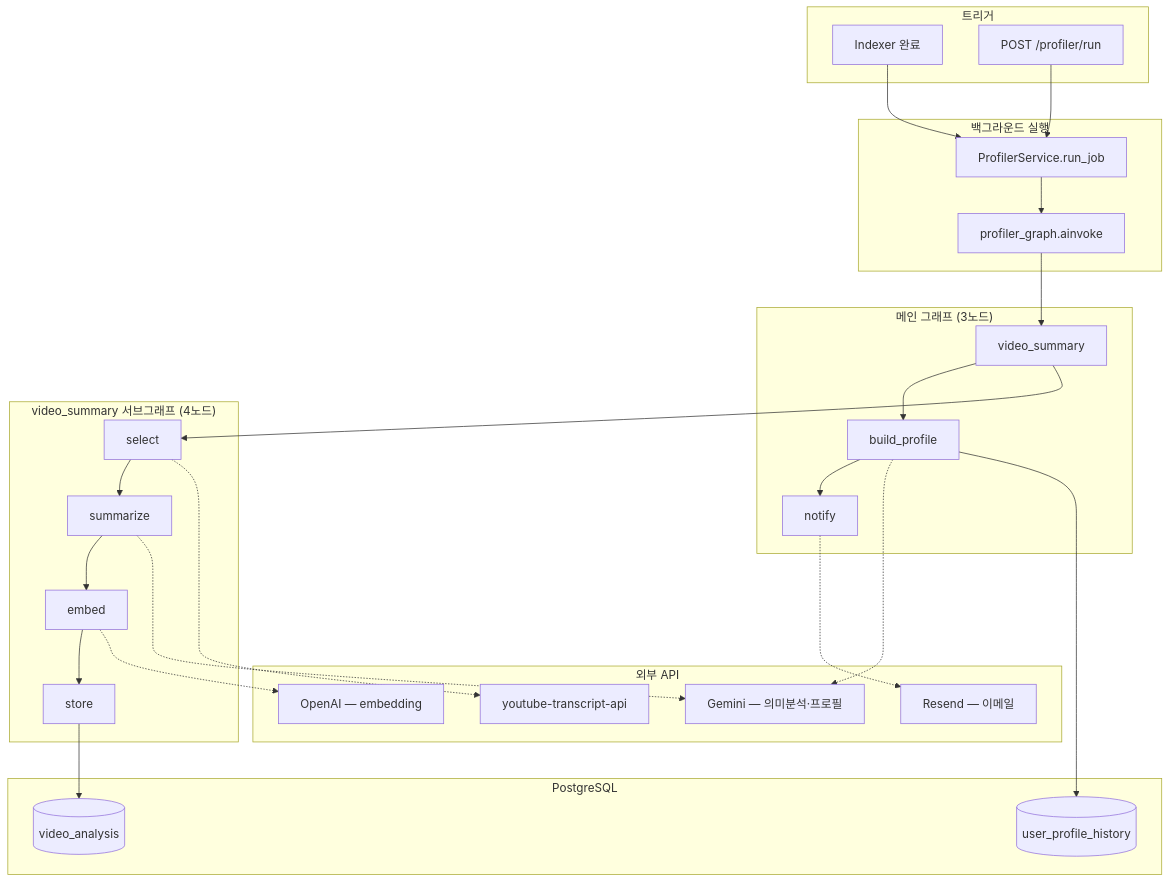
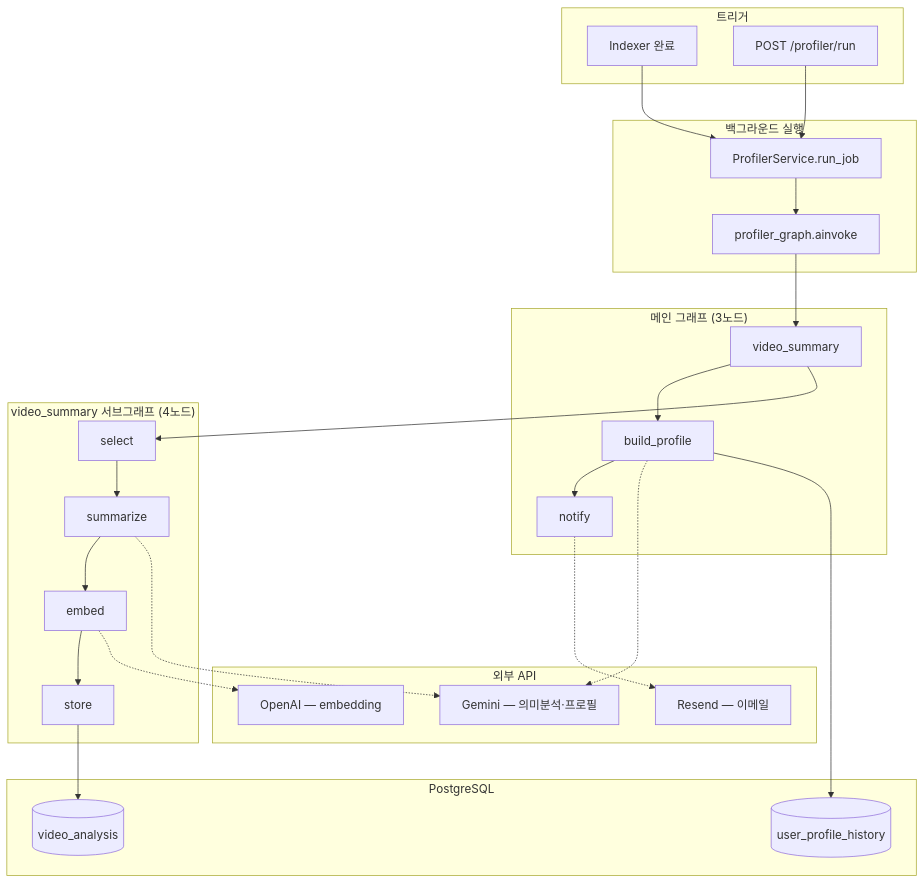
Before and after one commit to Ifiveteam/synapse-platform: the first of 5 diagrams in docs/profile/PIPELINE.md, drawn with Mermaid. The commit also changed other lines of this file and 22 other files, not shown here.

````diff
--- a/docs/profile/PIPELINE.md
+++ b/docs/profile/PIPELINE.md
@@ -21,57 +21,55 @@
 ```mermaid
 flowchart TB
     subgraph triggers["트리거"]
         IDX["Indexer 완료"]
         API["POST /profiler/run"]
     end
 
     subgraph async["백그라운드 실행"]
         JOB["ProfilerService.run_job"]
         MAIN["profiler_graph.ainvoke"]
     end
 
     subgraph main["메인 그래프 (3노드)"]
         VS["video_summary"]
         BP["build_profile"]
         NT["notify"]
     end
 
     subgraph sub["video_summary 서브그래프 (4노드)"]
         SEL["select"]
         SUM["summarize"]
         EMB["embed"]
         STO["store"]
     end
 
     subgraph db["PostgreSQL"]
         VA[("video_analysis")]
         UPH[("user_profile_history")]
     end
 
   subgraph external["외부 API"]
         GEM["Gemini — 의미분석·프로필"]
         OAI["OpenAI — embedding"]
-        YT["youtube-transcript-api"]
         MAIL["Resend — 이메일"]
     end
 
     IDX --> JOB
     API --> JOB
     JOB --> MAIN
     MAIN --> VS
     VS --> BP
     BP --> NT
 
     VS --> SEL
     SEL --> SUM
     SUM --> EMB
     EMB --> STO
-    SEL -.-> YT
     SUM -.-> GEM
     EMB -.-> OAI
     STO --> VA
 
     BP -.-> GEM
     BP --> UPH
     NT -.-> MAIL
 ```
````
